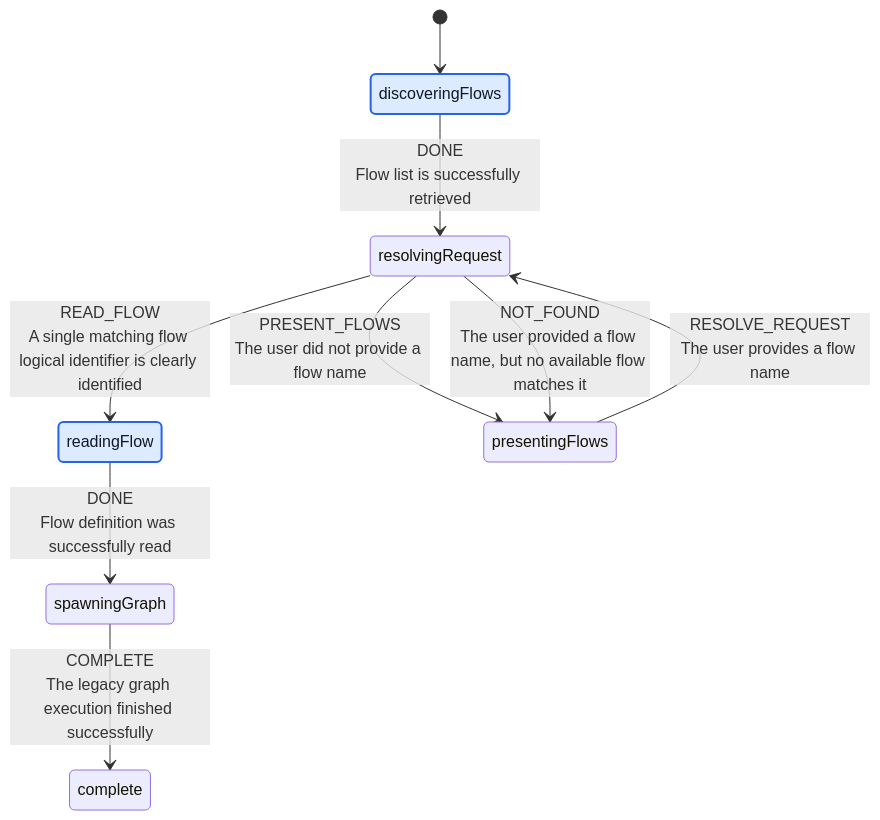
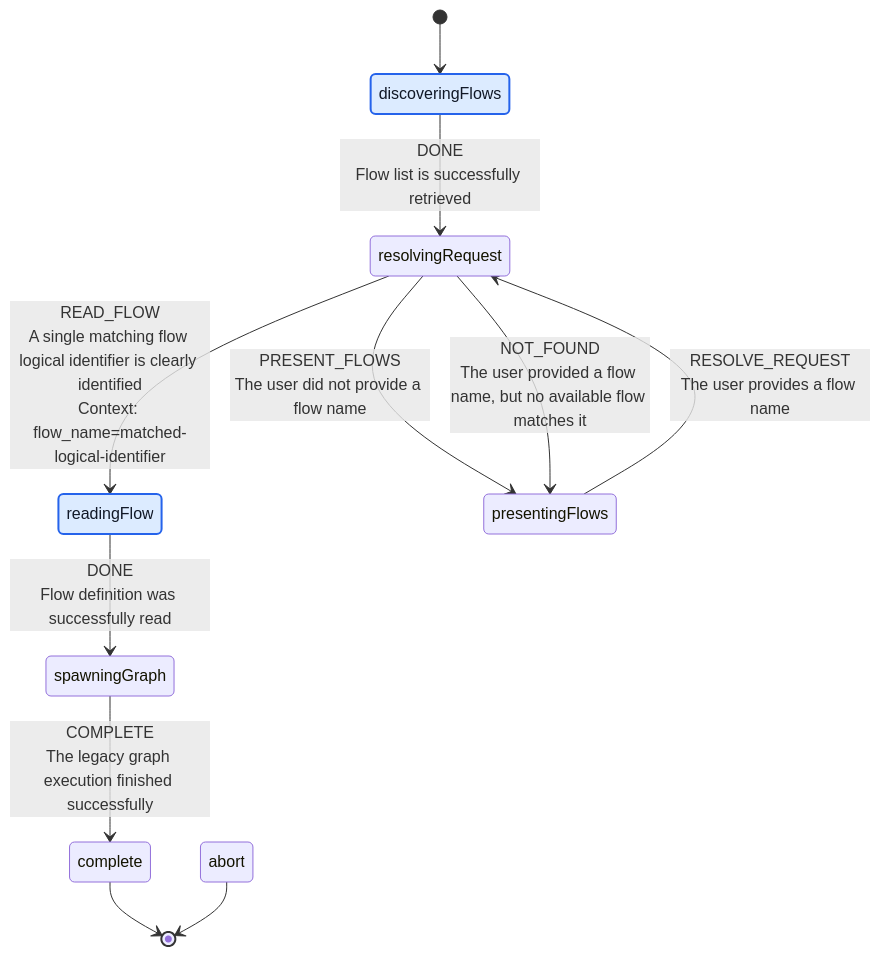
One commit to anurbanlion/graph-engineering-lite-skill changed the diagram in .graph-engineering/local/jobs/execute-flow/GRAPH.md. Above: the diagram before and after it, drawn with Mermaid. The commit also changed 16 other files, not shown here.

Commit message:
feat(graph-engineering): add typed runtime and spawn orchestration

````diff
--- a/.graph-engineering/local/jobs/execute-flow/GRAPH.md
+++ b/.graph-engineering/local/jobs/execute-flow/GRAPH.md
@@ -3,22 +3,26 @@
 ```mermaid
 stateDiagram-v2
 
     [*] --> discoveringFlows
 
     discoveringFlows --> resolvingRequest: DONE<br/>Flow list is successfully retrieved
 
-    resolvingRequest --> readingFlow: READ_FLOW<br/>A single matching flow logical identifier is clearly identified
+    resolvingRequest --> readingFlow: READ_FLOW<br/>A single matching flow logical identifier is clearly identified<br/>Context: flow_name=matched-logical-identifier
     resolvingRequest --> presentingFlows: PRESENT_FLOWS<br/>The user did not provide a flow name
     resolvingRequest --> presentingFlows: NOT_FOUND<br/>The user provided a flow name, but no available flow matches it
 
     presentingFlows --> resolvingRequest: RESOLVE_REQUEST<br/>The user provides a flow name
 
     readingFlow --> spawningGraph: DONE<br/>Flow definition was successfully read
 
     spawningGraph --> complete: COMPLETE<br/>The legacy graph execution finished successfully
 
+    complete --> [*]
+    abort --> [*]
+
     classDef scriptState fill:#DCEBFF,stroke:#2563EB,stroke-width:2px,color:#111827
     classDef switchState fill:#FEE2E2,stroke:#DC2626,stroke-width:2px,color:#111827
+    classDef spawnState fill:#FEF3C7,stroke:#D97706,stroke-width:2px,color:#111827
 
     class discoveringFlows,readingFlow scriptState
 ```
````
